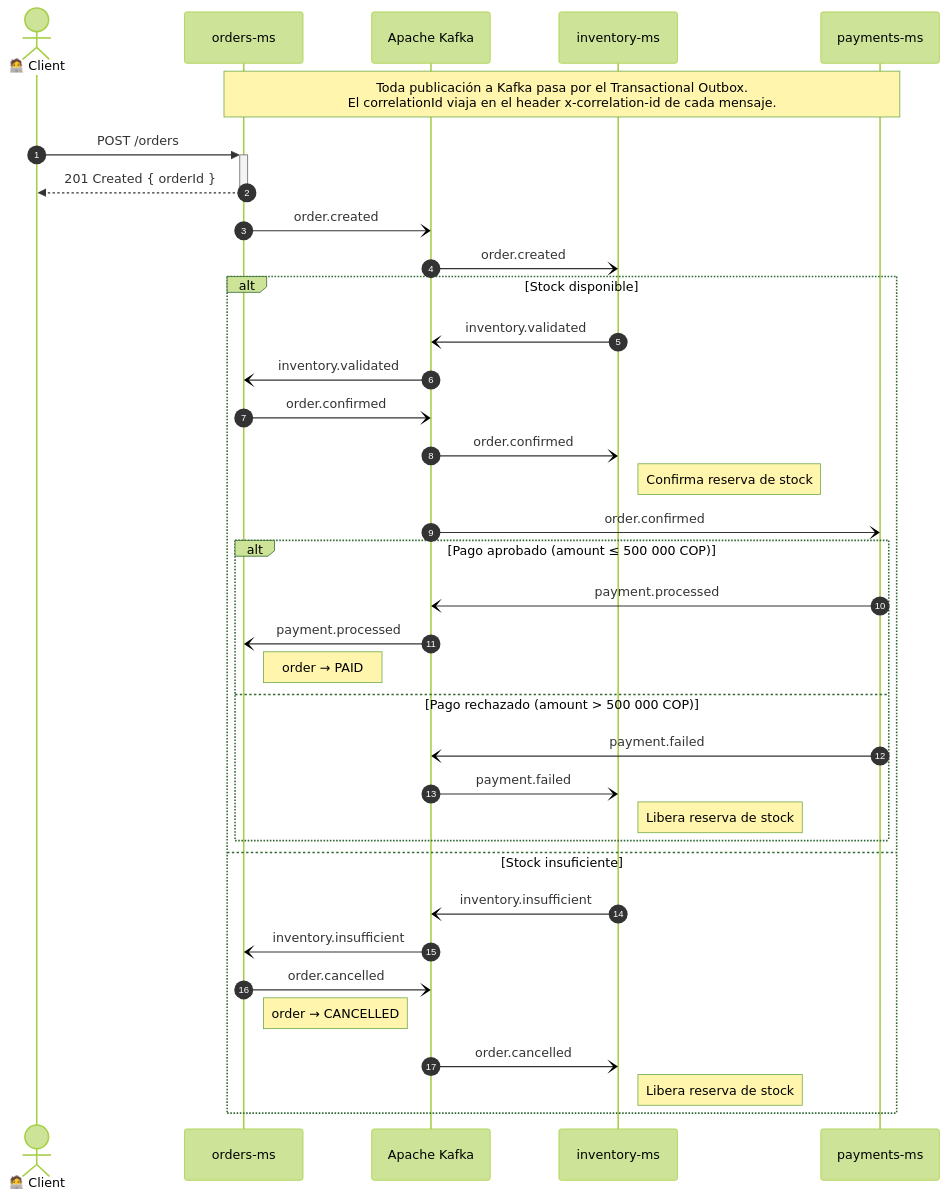
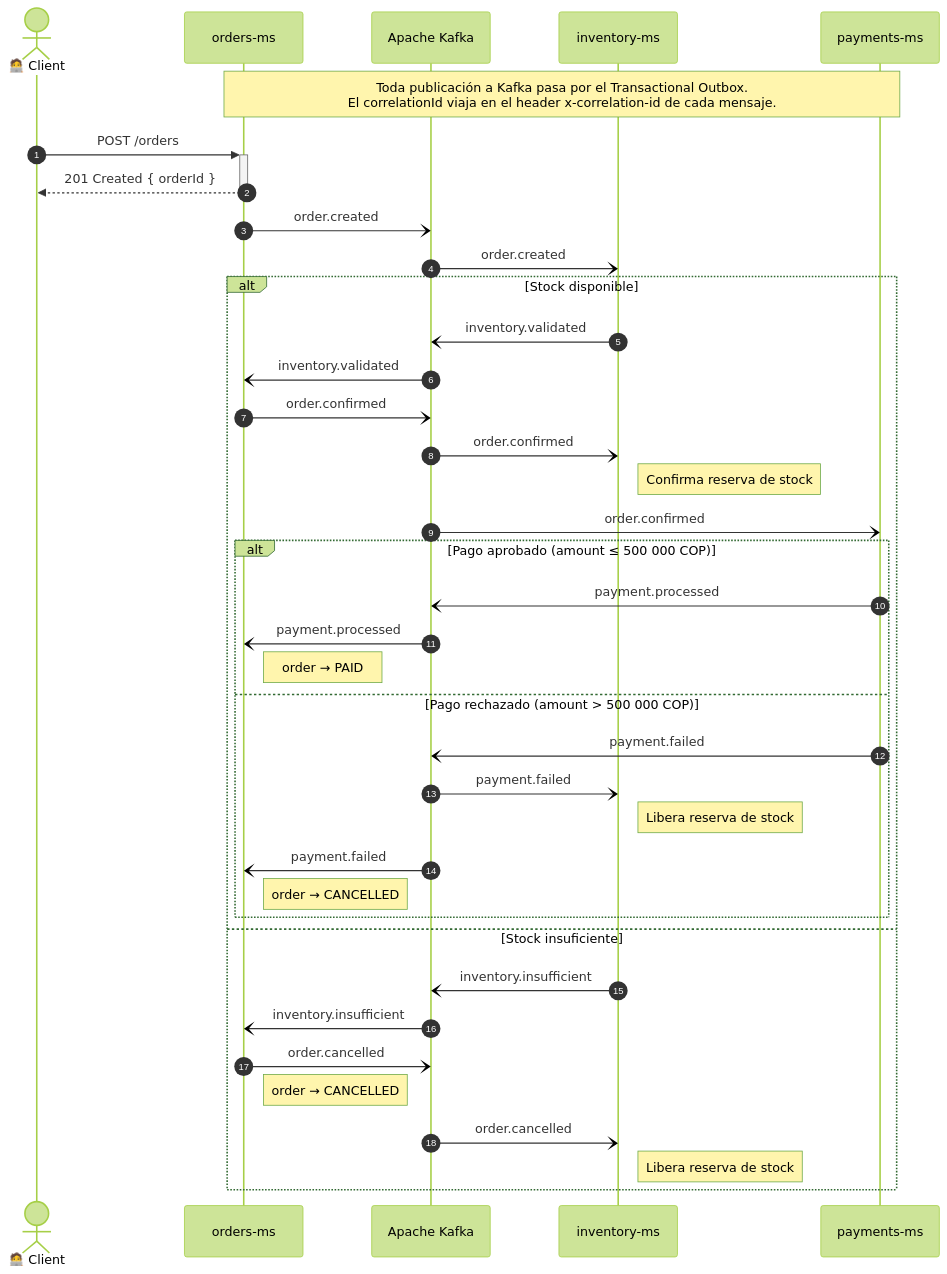
One commit to Null01/technical-interview-kibernum changed the diagram in docs/sequence-diagram.md. Above: the diagram before and after it, drawn with Mermaid (forest theme). The commit also changed other lines of this file and 4 other files, not shown here.

Commit message:
docs: 📖️ update sequence diagram, refactor docker compose, separate infrastructure and microservices.

````diff
--- a/docs/sequence-diagram.md
+++ b/docs/sequence-diagram.md
@@ -7,47 +7,49 @@
 ```mermaid
 sequenceDiagram
     autonumber
 
     actor  Client as 🧑‍💻 Client
     participant OMS as orders-ms
     participant Kafka as Apache Kafka
     participant IMS as inventory-ms
     participant PMS as payments-ms
 
     Note over OMS,PMS: Toda publicación a Kafka pasa por el Transactional Outbox.<br/>El correlationId viaja en el header x-correlation-id de cada mensaje.
 
     Client ->>+ OMS: POST /orders
     OMS -->>- Client: 201 Created { orderId }
     OMS -) Kafka: order.created
 
     Kafka -) IMS: order.created
 
     alt Stock disponible
         IMS -) Kafka: inventory.validated
         Kafka -) OMS: inventory.validated
         OMS -) Kafka: order.confirmed
 
         Kafka -) IMS: order.confirmed
         Note right of IMS: Confirma reserva de stock
 
         Kafka -) PMS: order.confirmed
 
         alt Pago aprobado (amount ≤ 500 000 COP)
             PMS -) Kafka: payment.processed
             Kafka -) OMS: payment.processed
             Note right of OMS: order → PAID
         else Pago rechazado (amount > 500 000 COP)
             PMS -) Kafka: payment.failed
             Kafka -) IMS: payment.failed
             Note right of IMS: Libera reserva de stock
+            Kafka -) OMS: payment.failed
+            Note right of OMS: order → CANCELLED
         end
 
     else Stock insuficiente
         IMS -) Kafka: inventory.insufficient
         Kafka -) OMS: inventory.insufficient
         OMS -) Kafka: order.cancelled
         Note right of OMS: order → CANCELLED
         Kafka -) IMS: order.cancelled
         Note right of IMS: Libera reserva de stock
     end
 ```
````
